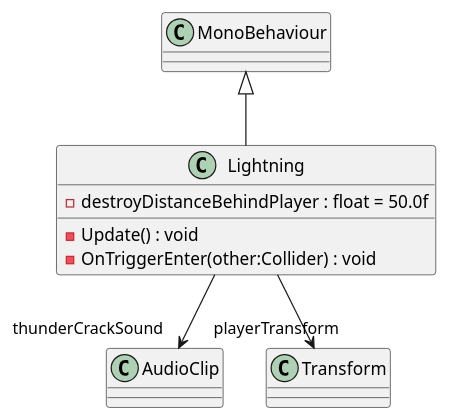
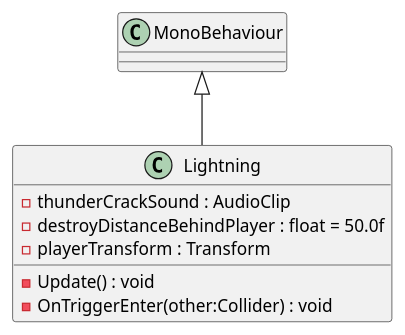
The diagram in UML/Assets/Scripts/Lightning.puml (RadicalReptile/ToadRunnerStudy), drawn with PlantUML before and after one commit. The commit also changed 15 other files, not shown here.

Commit message:
Generate UML (Generate UML)

```diff
--- a/UML/Assets/Scripts/Lightning.puml
+++ b/UML/Assets/Scripts/Lightning.puml
@@ -1,10 +1,10 @@
 @startuml
 class Lightning {
+    - thunderCrackSound : AudioClip
     - destroyDistanceBehindPlayer : float = 50.0f
+    - playerTransform : Transform
     - Update() : void
     - OnTriggerEnter(other:Collider) : void
 }
 MonoBehaviour <|-- Lightning
-Lightning --> "thunderCrackSound" AudioClip
-Lightning --> "playerTransform" Transform
 @enduml
```
